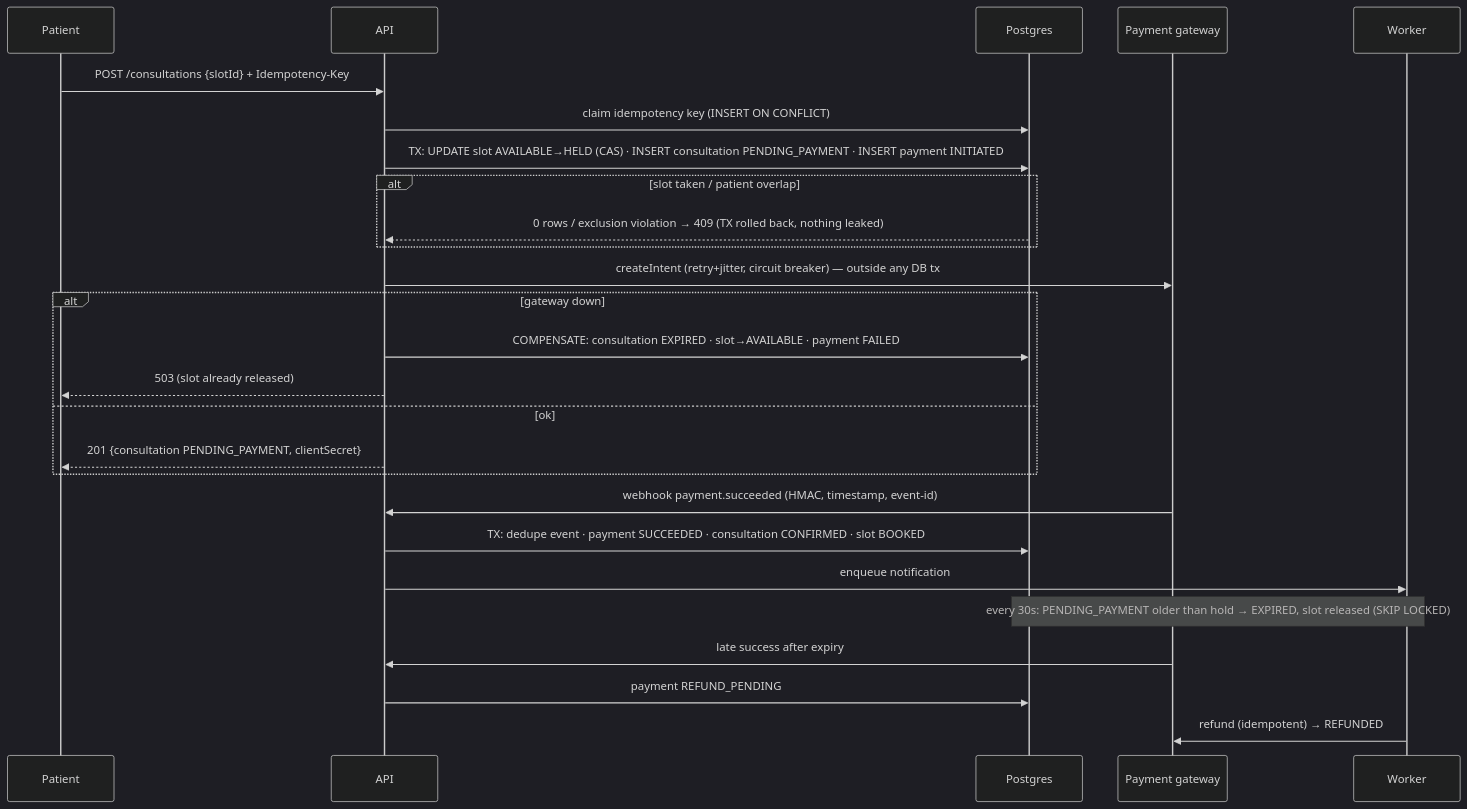
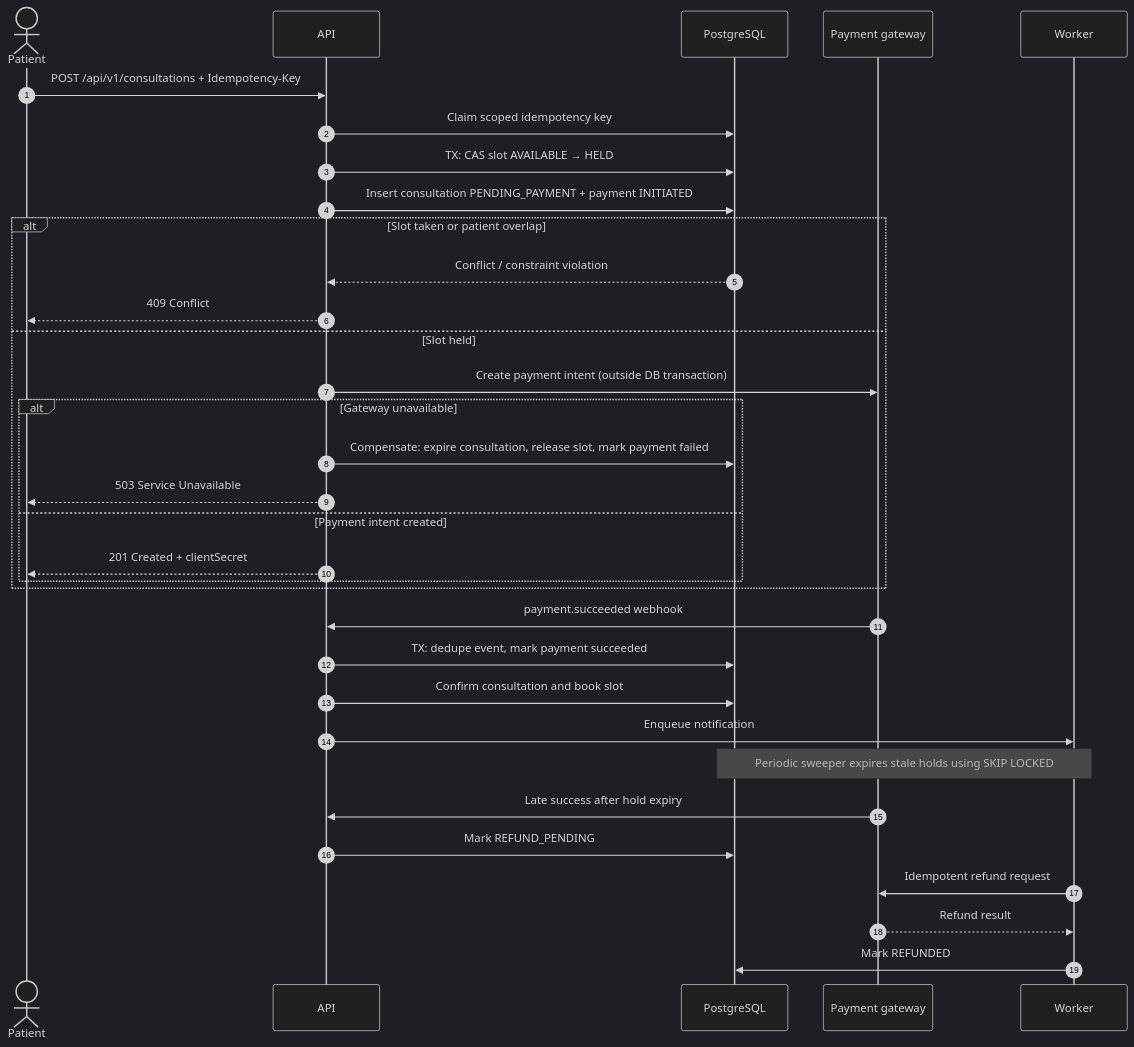
One commit to Lithish779/Amrutham changed the second of 4 diagrams in docs/ARCHITECTURE.md. Above: the diagram before and after it, drawn with Mermaid (dark theme). The commit also changed other lines of this file and 2 other files, not shown here.

Commit message:
docs: embed architecture infographic into docs/ARCHITECTURE.md

````diff
--- a/docs/ARCHITECTURE.md
+++ b/docs/ARCHITECTURE.md
@@ -31,28 +92,38 @@
 ```mermaid
 sequenceDiagram
-  participant P as Patient
-  participant A as API
-  participant DB as Postgres
-  participant G as Payment gateway
-  participant W as Worker
-  P->>A: POST /consultations {slotId} + Idempotency-Key
-  A->>DB: claim idempotency key (INSERT ON CONFLICT)
-  A->>DB: TX: UPDATE slot AVAILABLE→HELD (CAS) · INSERT consultation PENDING_PAYMENT · INSERT payment INITIATED
-  alt slot taken / patient overlap
-    DB-->>A: 0 rows / exclusion violation → 409 (TX rolled back, nothing leaked)
-  end
-  A->>G: createIntent (retry+jitter, circuit breaker) — outside any DB tx
-  alt gateway down
-    A->>DB: COMPENSATE: consultation EXPIRED · slot→AVAILABLE · payment FAILED
-    A-->>P: 503 (slot already released)
-  else ok
-    A-->>P: 201 {consultation PENDING_PAYMENT, clientSecret}
-  end
-  G->>A: webhook payment.succeeded (HMAC, timestamp, event-id)
-  A->>DB: TX: dedupe event · payment SUCCEEDED · consultation CONFIRMED · slot BOOKED
-  A->>W: enqueue notification
-  Note over W,DB: every 30s: PENDING_PAYMENT older than hold → EXPIRED, slot released (SKIP LOCKED)
-  G->>A: late success after expiry
-  A->>DB: payment REFUND_PENDING
-  W->>G: refund (idempotent) → REFUNDED
+    autonumber
+    actor P as Patient
+    participant A as API
+    participant DB as PostgreSQL
+    participant G as Payment gateway
+    participant W as Worker
+
+    P->>A: POST /api/v1/consultations + Idempotency-Key
+    A->>DB: Claim scoped idempotency key
+    A->>DB: TX: CAS slot AVAILABLE → HELD
+    A->>DB: Insert consultation PENDING_PAYMENT + payment INITIATED
+    alt Slot taken or patient overlap
+        DB-->>A: Conflict / constraint violation
+        A-->>P: 409 Conflict
+    else Slot held
+        A->>G: Create payment intent (outside DB transaction)
+        alt Gateway unavailable
+            A->>DB: Compensate: expire consultation, release slot, mark payment failed
+            A-->>P: 503 Service Unavailable
+        else Payment intent created
+            A-->>P: 201 Created + clientSecret
+        end
+    end
+
+    G->>A: payment.succeeded webhook
+    A->>DB: TX: dedupe event, mark payment succeeded
+    A->>DB: Confirm consultation and book slot
+    A->>W: Enqueue notification
+    Note over W,DB: Periodic sweeper expires stale holds using SKIP LOCKED
+
+    G->>A: Late success after hold expiry
+    A->>DB: Mark REFUND_PENDING
+    W->>G: Idempotent refund request
+    G-->>W: Refund result
+    W->>DB: Mark REFUNDED
 ```
````
